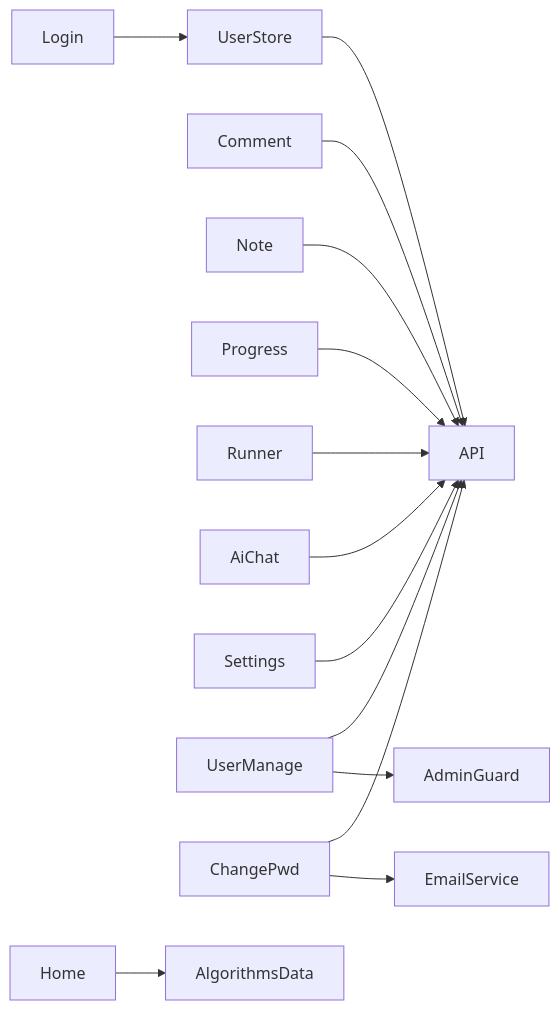
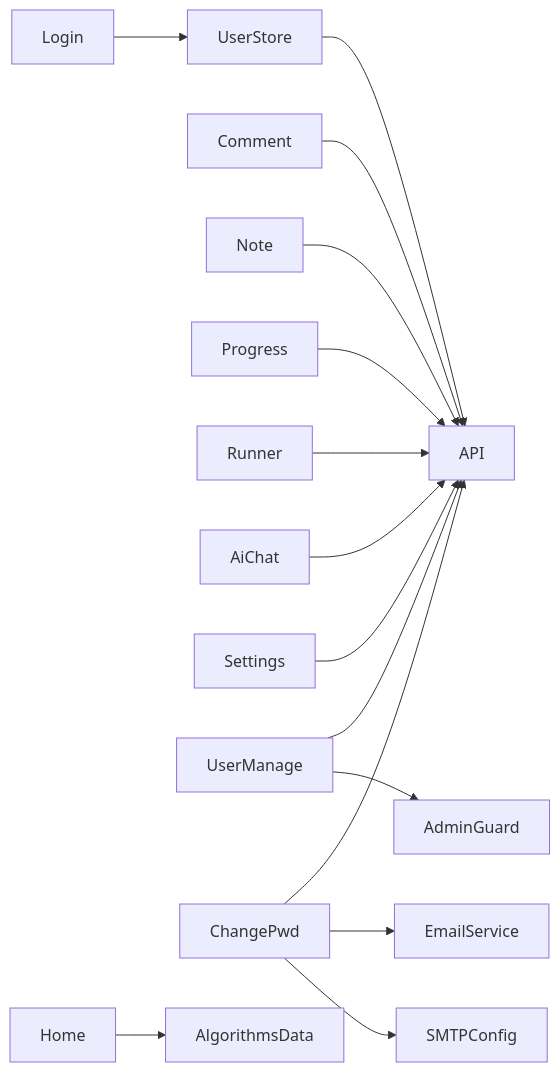
Diagram 11 of 11 in .qoder/repowiki/zh/content/前端组件文档/用户界面组件/用户界面组件.md (huangman881112/aiforip), drawn with Mermaid before and after one commit. The commit also changed other lines of this file and 87 other files, not shown here.

````diff
--- a/.qoder/repowiki/zh/content/前端组件文档/用户界面组件/用户界面组件.md
+++ b/.qoder/repowiki/zh/content/前端组件文档/用户界面组件/用户界面组件.md
@@ -547,16 +549,17 @@
 ```mermaid
 graph LR
 Login --> UserStore
 Comment --> API
 Note --> API
 Progress --> API
 Runner --> API
 AiChat --> API
 Settings --> API
 UserManage --> API
 ChangePwd --> API
 UserStore --> API
 Home --> AlgorithmsData
 UserManage --> AdminGuard
 ChangePwd --> EmailService
+ChangePwd --> SMTPConfig
 ```
````
